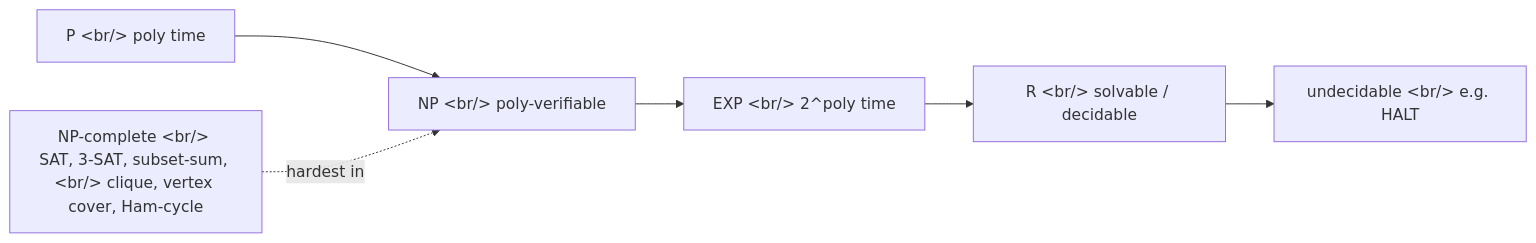
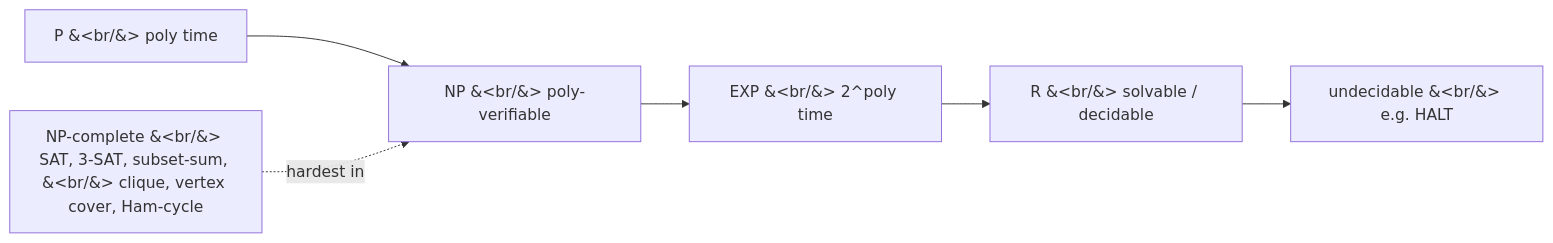
One commit to 21r21a33333/system-design-course changed the diagram in course/dsa/s02-trees-and-structures/s02e15-complexity-classes.md. Above: the diagram before and after it, drawn with Mermaid. The commit also changed 13 other files, not shown here.

First line of the commit message:
feat(os): Virtualization·Memory (9 pages) + mermaid entity fix

````diff
--- a/course/dsa/s02-trees-and-structures/s02e15-complexity-classes.md
+++ b/course/dsa/s02-trees-and-structures/s02e15-complexity-classes.md
@@ -393,8 +393,8 @@
 ```mermaid
 graph LR
-    P["P #60;br/#62; poly time"] --> NP["NP #60;br/#62; poly-verifiable"]
-    NP --> EXP["EXP #60;br/#62; 2^poly time"]
-    EXP --> R["R #60;br/#62; solvable / decidable"]
-    R --> U["undecidable #60;br/#62; e.g. HALT"]
-    NPC["NP-complete #60;br/#62; SAT, 3-SAT, subset-sum, #60;br/#62; clique, vertex cover, Ham-cycle"] -.->|"hardest in"| NP
+    P["P &#60;br/&#62; poly time"] --> NP["NP &#60;br/&#62; poly-verifiable"]
+    NP --> EXP["EXP &#60;br/&#62; 2^poly time"]
+    EXP --> R["R &#60;br/&#62; solvable / decidable"]
+    R --> U["undecidable &#60;br/&#62; e.g. HALT"]
+    NPC["NP-complete &#60;br/&#62; SAT, 3-SAT, subset-sum, &#60;br/&#62; clique, vertex cover, Ham-cycle"] -.->|"hardest in"| NP
 ```
````
